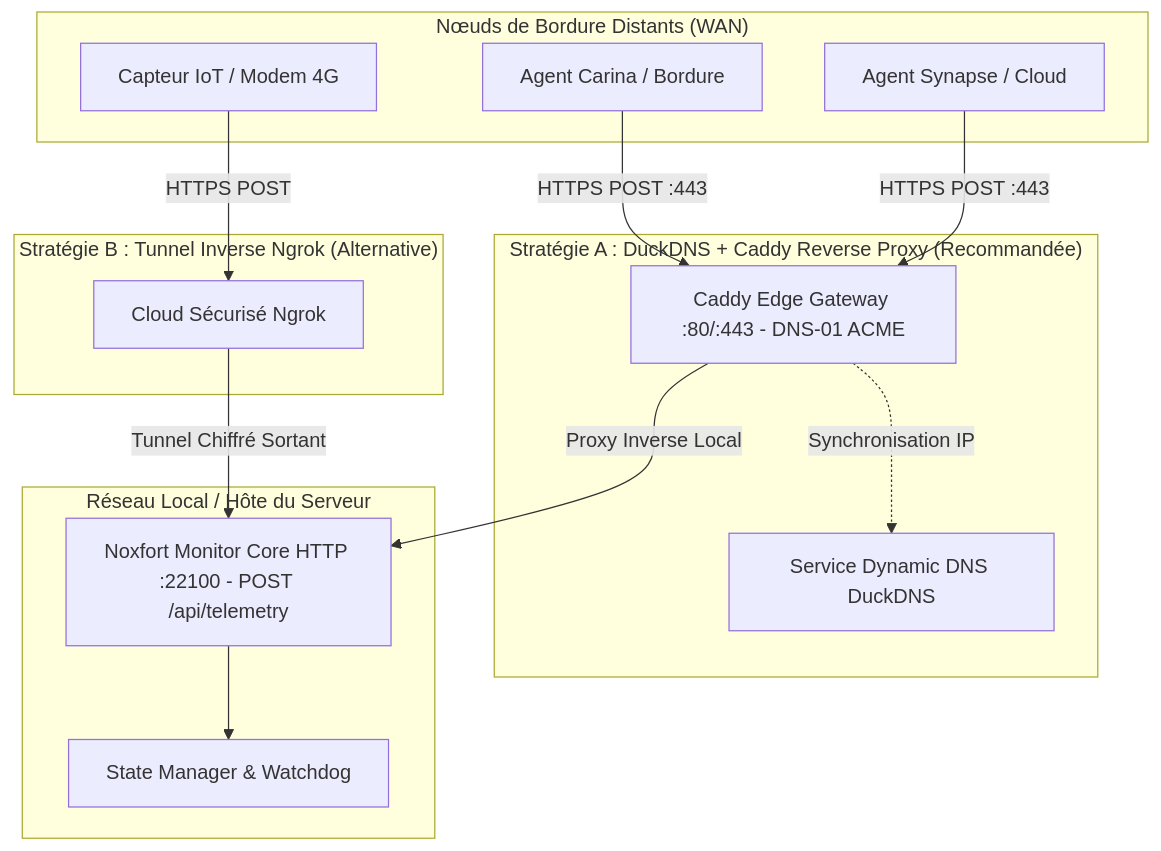
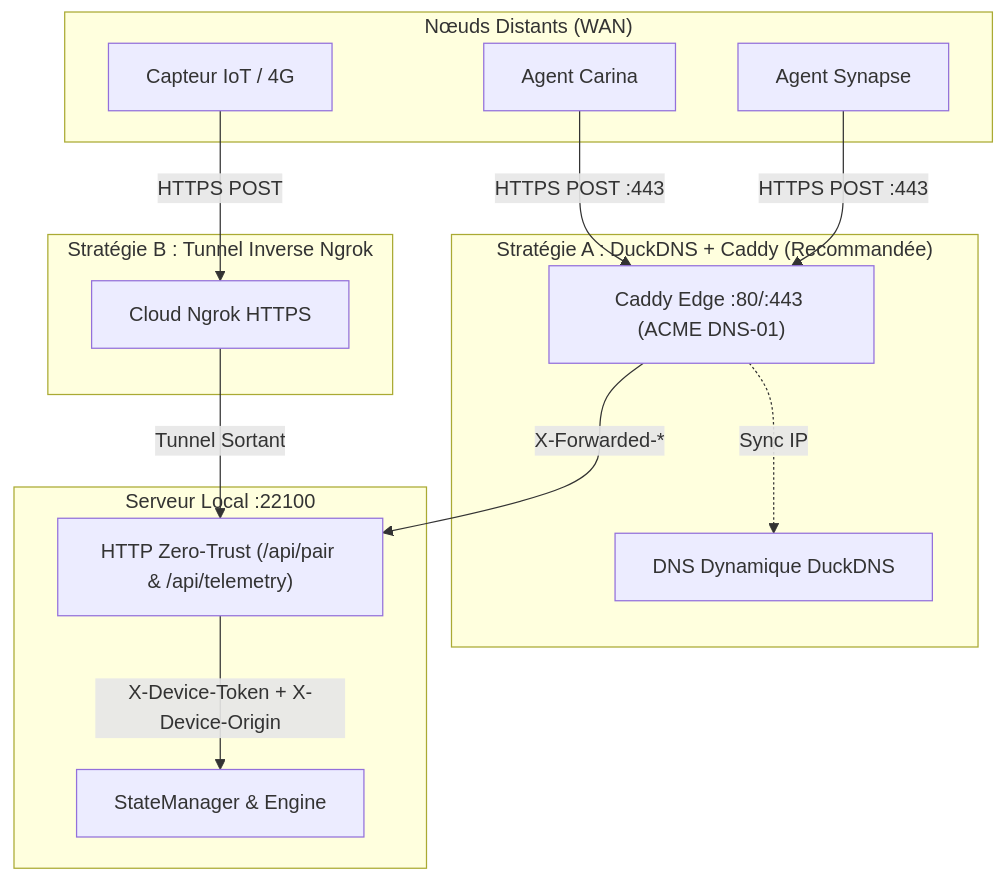
Before and after one commit to Noxfort-Systems-Brazil/MONITOR: the diagram in docs/fr/remote_access.md, drawn with Mermaid. The commit also changed other lines of this file and 186 other files, not shown here.

````diff
--- a/docs/fr/remote_access.md
+++ b/docs/fr/remote_access.md
@@ -13,31 +11,31 @@
 ```mermaid
 graph TD
-    subgraph "Nœuds de Bordure Distants (WAN)"
-        Carina[Agent Carina / Bordure]
-        Synapse[Agent Synapse / Cloud]
-        Sensor[Capteur IoT / Modem 4G]
+    subgraph "Nœuds Distants (WAN)"
+        Carina[Agent Carina]
+        Synapse[Agent Synapse]
+        Sensor[Capteur IoT / 4G]
     end
 
-    subgraph "Stratégie A : DuckDNS + Caddy Reverse Proxy (Recommandée)"
-        DuckDNS[Service Dynamic DNS DuckDNS]
-        Caddy[Caddy Edge Gateway :80/:443 - DNS-01 ACME]
+    subgraph "Stratégie A : DuckDNS + Caddy (Recommandée)"
+        DuckDNS[DNS Dynamique DuckDNS]
+        Caddy["Caddy Edge :80/:443 (ACME DNS-01)"]
     end
 
-    subgraph "Stratégie B : Tunnel Inverse Ngrok (Alternative)"
-        NgrokEdge[Cloud Sécurisé Ngrok]
+    subgraph "Stratégie B : Tunnel Inverse Ngrok"
+        NgrokEdge[Cloud Ngrok HTTPS]
     end
 
-    subgraph "Réseau Local / Hôte du Serveur"
-        ExtHTTP[Noxfort Monitor Core HTTP :22100 - POST /api/telemetry]
-        StateManager[State Manager & Watchdog]
+    subgraph "Serveur Local :22100"
+        ExtHTTP["HTTP Zero-Trust (/api/pair & /api/telemetry)"]
+        StateManager[StateManager & Engine]
     end
 
-    Carina -->|HTTPS POST :443| Caddy
-    Synapse -->|HTTPS POST :443| Caddy
-    Sensor -->|HTTPS POST| NgrokEdge
+    Carina -->|"HTTPS POST :443"| Caddy
+    Synapse -->|"HTTPS POST :443"| Caddy
+    Sensor -->|"HTTPS POST"| NgrokEdge
 
-    Caddy -.->|Synchronisation IP| DuckDNS
-    Caddy -->|Proxy Inverse Local| ExtHTTP
-    NgrokEdge -->|Tunnel Chiffré Sortant| ExtHTTP
-    ExtHTTP --> StateManager
+    Caddy -.->|"Sync IP"| DuckDNS
+    Caddy -->|"X-Forwarded-*"| ExtHTTP
+    NgrokEdge -->|"Tunnel Sortant"| ExtHTTP
+    ExtHTTP -->|"X-Device-Token + X-Device-Origin"| StateManager
 ```
````
